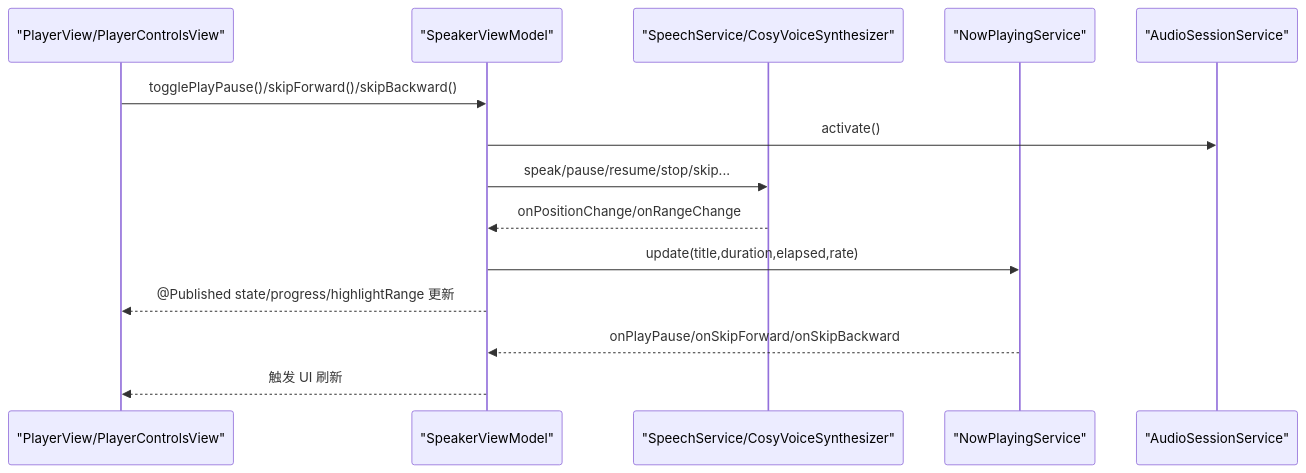
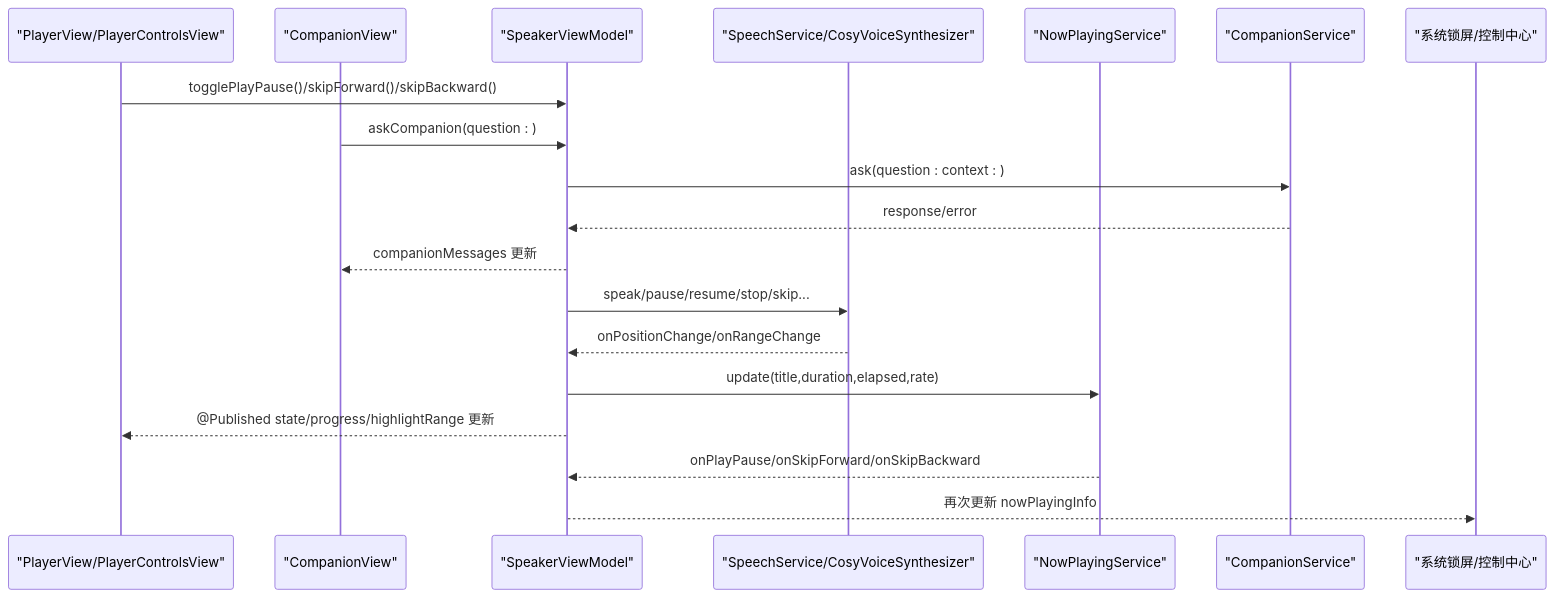
Before and after one commit to Primoguo/Knowledge: the second of 11 diagrams in .qoder/repowiki/zh/content/架构设计/状态管理.md, drawn with Mermaid. The commit also changed other lines of this file and 32 other files, not shown here.

````diff
--- a/.qoder/repowiki/zh/content/架构设计/状态管理.md
+++ b/.qoder/repowiki/zh/content/架构设计/状态管理.md
@@ -117,16 +134,21 @@
 ```mermaid
 sequenceDiagram
 participant UI as "PlayerView/PlayerControlsView"
+participant CBV as "CompanionView"
 participant VM as "SpeakerViewModel"
 participant ENG as "SpeechService/CosyVoiceSynthesizer"
 participant NPS as "NowPlayingService"
-participant ASS as "AudioSessionService"
+participant CS as "CompanionService"
+participant OS as "系统锁屏/控制中心"
 UI->>VM : togglePlayPause()/skipForward()/skipBackward()
-VM->>ASS : activate()
+CBV->>VM : askCompanion(question : )
+VM->>CS : ask(question : context : )
+CS-->>VM : response/error
+VM-->>CBV : companionMessages 更新
 VM->>ENG : speak/pause/resume/stop/skip...
 ENG-->>VM : onPositionChange/onRangeChange
 VM->>NPS : update(title,duration,elapsed,rate)
 VM-->>UI : @Published state/progress/highlightRange 更新
 NPS-->>VM : onPlayPause/onSkipForward/onSkipBackward
-VM-->>UI : 触发 UI 刷新
+VM-->>OS : 再次更新 nowPlayingInfo
 ```
````
